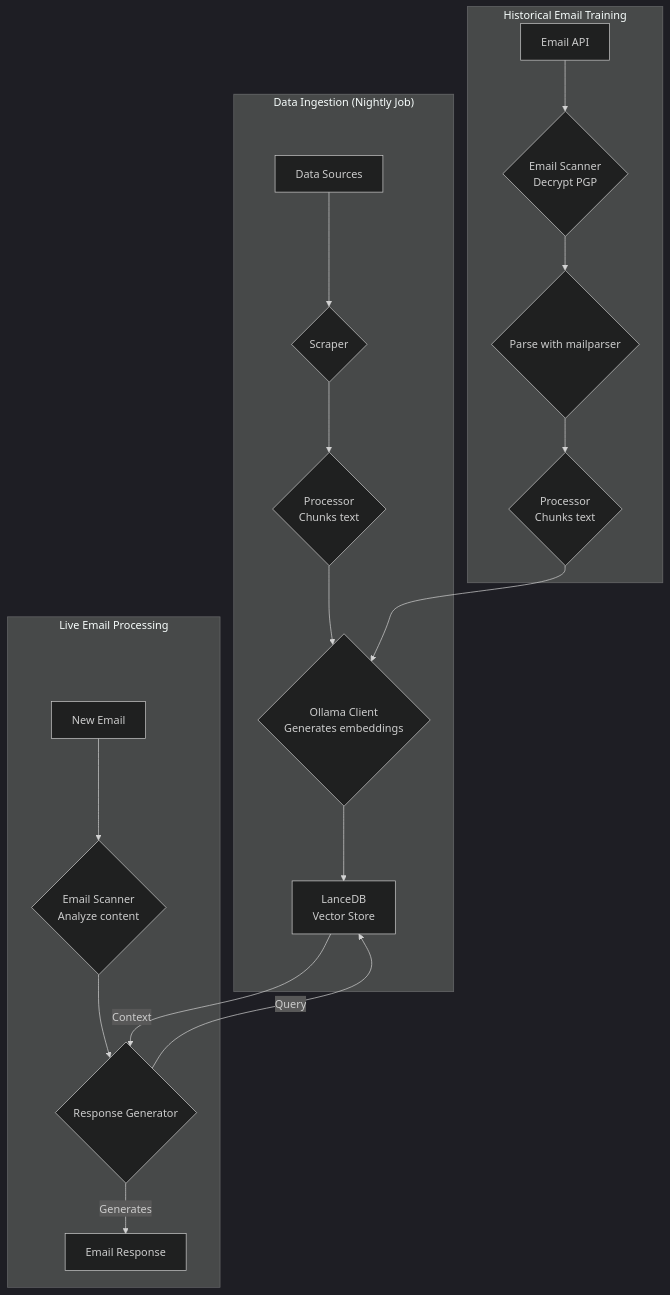
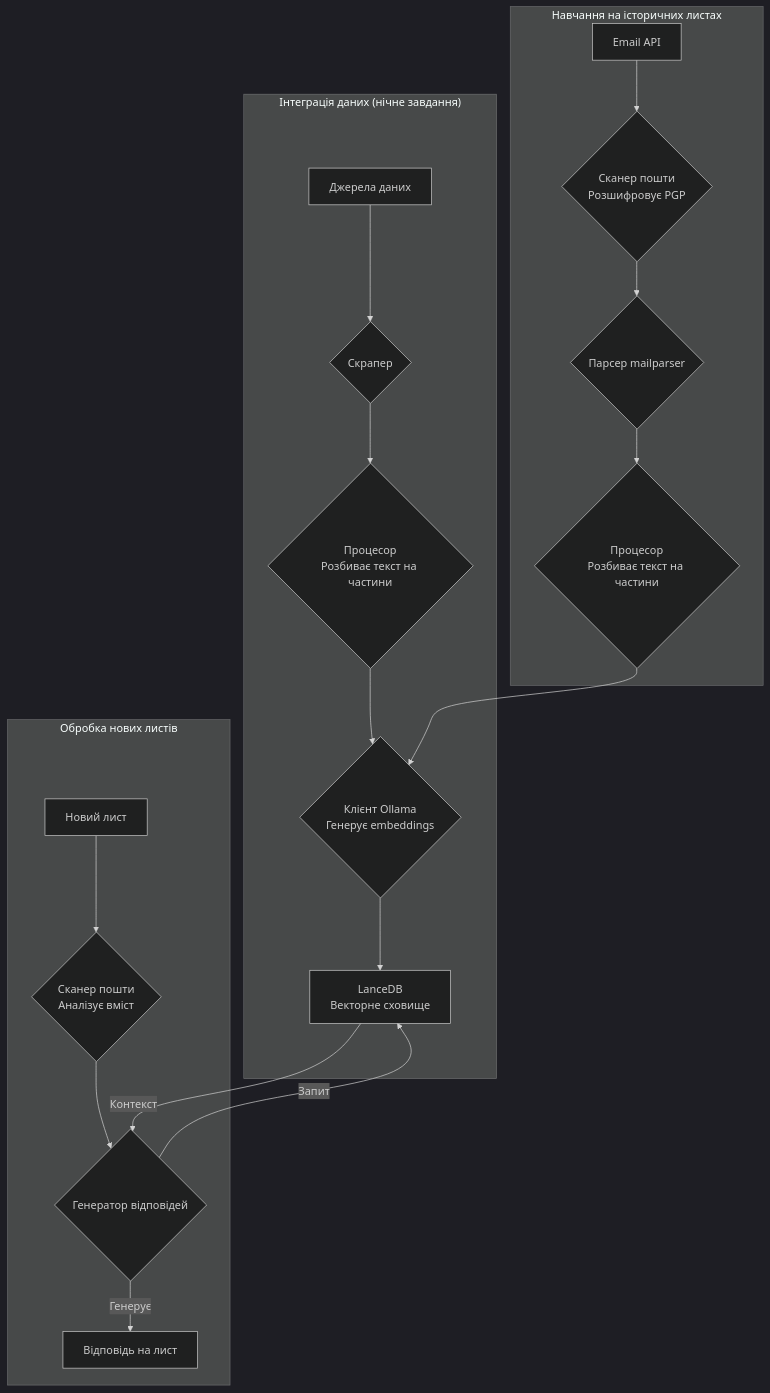
Before and after one commit to forwardemail/forwardemail.net: the first of 3 diagrams in app/views/docs/privacy-first-ai-customer-support-agent-lancedb-ollama-nodejs/index-uk.md, drawn with Mermaid (dark theme). The commit also changed other lines of this file and 1055 other files, not shown here.

````diff
--- a/app/views/docs/privacy-first-ai-customer-support-agent-lancedb-ollama-nodejs/index-uk.md
+++ b/app/views/docs/privacy-first-ai-customer-support-agent-lancedb-ollama-nodejs/index-uk.md
@@ -429,24 +430,24 @@
 ```mermaid
 graph TD
-    subgraph "Data Ingestion (Nightly Job)"
-        A[Data Sources] --> B{Scraper}
-        B --> C{Processor<br/>Chunks text}
-        C --> D{Ollama Client<br/>Generates embeddings}
-        D --> E[LanceDB<br/>Vector Store]
+    subgraph "Інтеграція даних (нічне завдання)"
+        A[Джерела даних] --> B{Скрапер}
+        B --> C{Процесор<br/>Розбиває текст на частини}
+        C --> D{Клієнт Ollama<br/>Генерує embeddings}
+        D --> E[LanceDB<br/>Векторне сховище]
     end
 
-    subgraph "Historical Email Training"
-        F[Email API] --> G{Email Scanner<br/>Decrypt PGP}
-        G --> H{Parse with mailparser}
-        H --> I{Processor<br/>Chunks text}
+    subgraph "Навчання на історичних листах"
+        F[Email API] --> G{Сканер пошти<br/>Розшифровує PGP}
+        G --> H{Парсер mailparser}
+        H --> I{Процесор<br/>Розбиває текст на частини}
         I --> D
     end
 
-    subgraph "Live Email Processing"
-        J[New Email] --> K{Email Scanner<br/>Analyze content}
-        K --> L{Response Generator}
-        L -- Query --> E
-        E -- Context --> L
-        L -- Generates --> M[Email Response]
+    subgraph "Обробка нових листів"
+        J[Новий лист] --> K{Сканер пошти<br/>Аналізує вміст}
+        K --> L{Генератор відповідей}
+        L -- Запит --> E
+        E -- Контекст --> L
+        L -- Генерує --> M[Відповідь на лист]
     end
 ```
````
